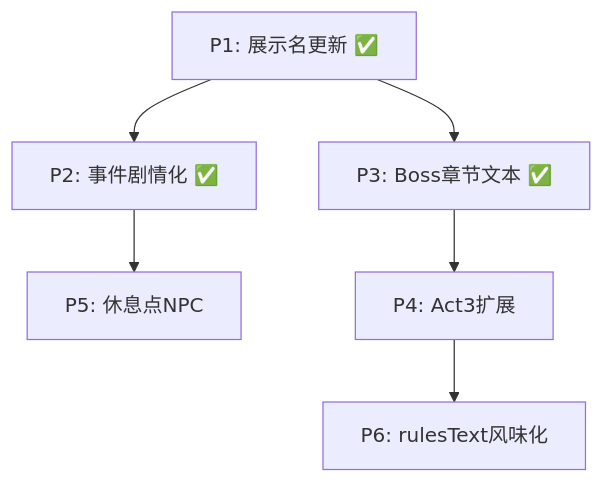
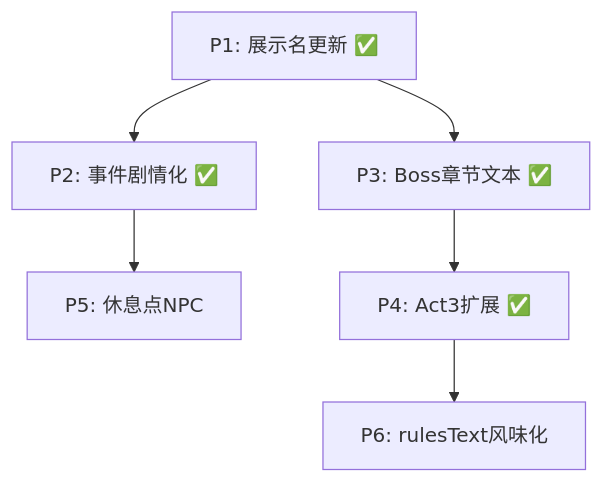
The diagram in .cursor/plans/plan-a-v0.1-detailed.md (chiimagnus/salu), drawn with Mermaid before and after one commit. The commit also changed other lines of this file and 4 other files, not shown here.

````diff
--- a/.cursor/plans/plan-a-v0.1-detailed.md
+++ b/.cursor/plans/plan-a-v0.1-detailed.md
@@ -229,8 +244,8 @@
 ```mermaid
 flowchart TD
     P1[P1: 展示名更新 ✅] --> P2[P2: 事件剧情化 ✅]
     P1 --> P3[P3: Boss章节文本 ✅]
     P2 --> P5[P5: 休息点NPC]
-    P3 --> P4[P4: Act3扩展]
+    P3 --> P4[P4: Act3扩展 ✅]
     P4 --> P6[P6: rulesText风味化]
 ```
````
